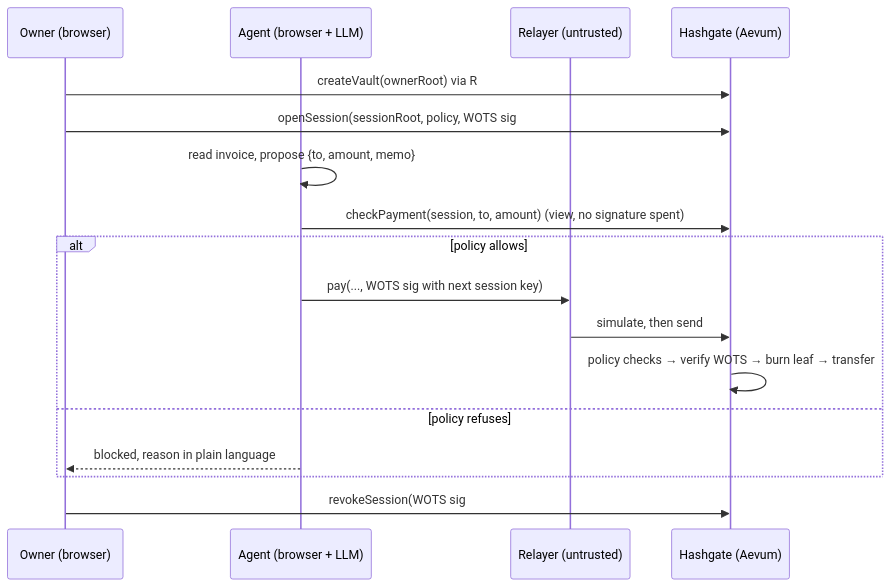
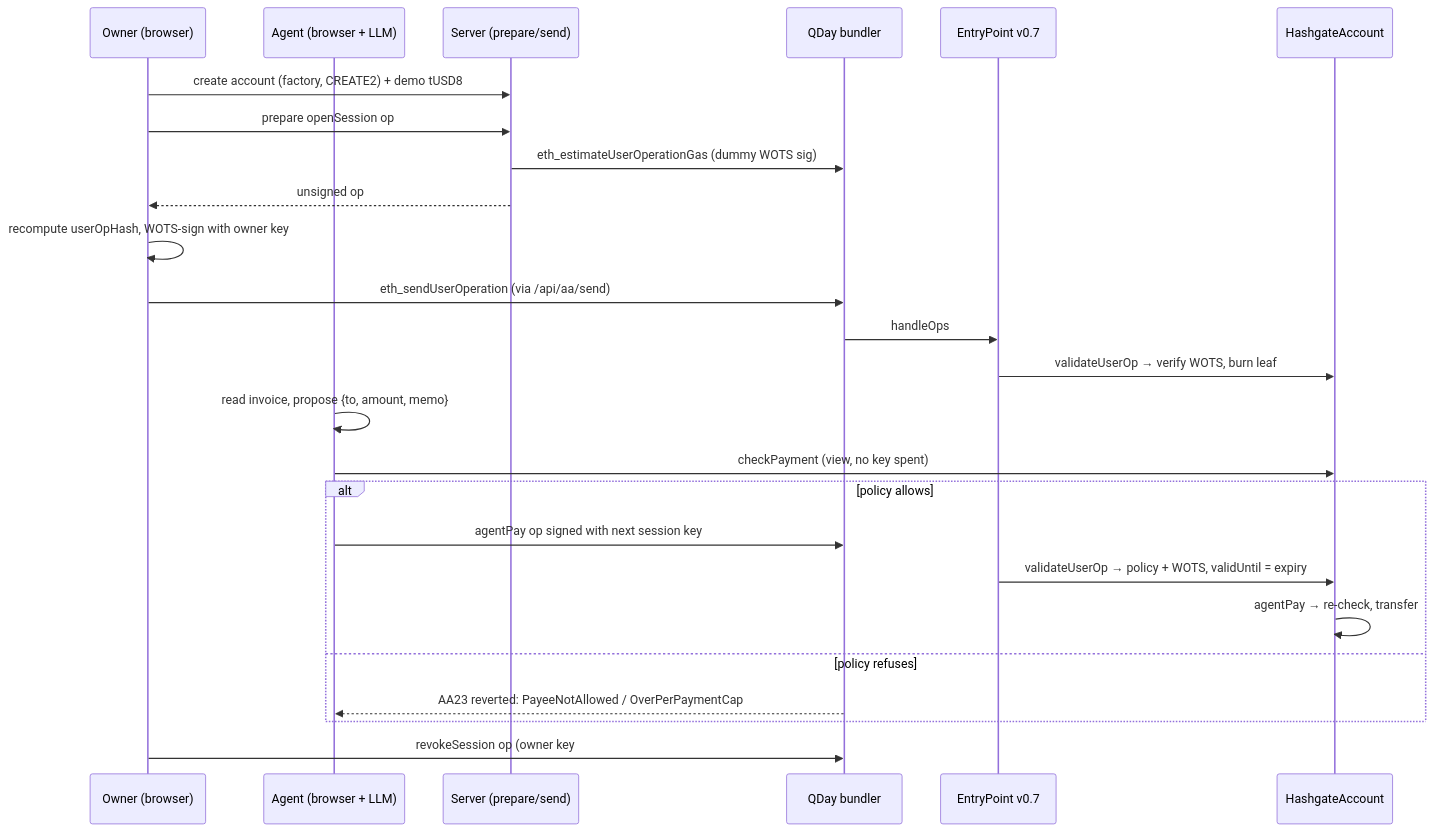
Before and after one commit to vibhanshu-s/hashgate: the second of 2 diagrams in README.md, drawn with Mermaid. The commit also changed other lines of this file and 2 other files, not shown here.

````diff
--- a/README.md
+++ b/README.md
@@ -68,19 +78,27 @@
 ```mermaid
 sequenceDiagram
   participant O as Owner (browser)
   participant A as Agent (browser + LLM)
-  participant R as Relayer (untrusted)
-  participant H as Hashgate (Aevum)
-  O->>H: createVault(ownerRoot) via R
-  O->>H: openSession(sessionRoot, policy, WOTS sig #0) via R
+  participant S as Server (prepare/send)
+  participant B as QDay bundler
+  participant EP as EntryPoint v0.7
+  participant H as HashgateAccount
+  O->>S: create account (factory, CREATE2) + demo tUSD8
+  O->>S: prepare openSession op
+  S->>B: eth_estimateUserOperationGas (dummy WOTS sig)
+  S-->>O: unsigned op
+  O->>O: recompute userOpHash, WOTS-sign with owner key #0
+  O->>B: eth_sendUserOperation (via /api/aa/send)
+  B->>EP: handleOps
+  EP->>H: validateUserOp → verify WOTS, burn leaf
   A->>A: read invoice, propose {to, amount, memo}
-  A->>H: checkPayment(session, to, amount)  (view, no signature spent)
+  A->>H: checkPayment (view, no key spent)
   alt policy allows
-    A->>R: pay(..., WOTS sig with next session key)
-    R->>H: simulate, then send
-    H->>H: policy checks → verify WOTS → burn leaf → transfer
+    A->>B: agentPay op signed with next session key
+    EP->>H: validateUserOp → policy + WOTS, validUntil = expiry
+    H->>H: agentPay → re-check, transfer
   else policy refuses
-    A-->>O: blocked, reason in plain language
+    B-->>A: AA23 reverted: PayeeNotAllowed / OverPerPaymentCap
   end
-  O->>H: revokeSession(WOTS sig #1) via R
+  O->>B: revokeSession op (owner key #1)
 ```
````
